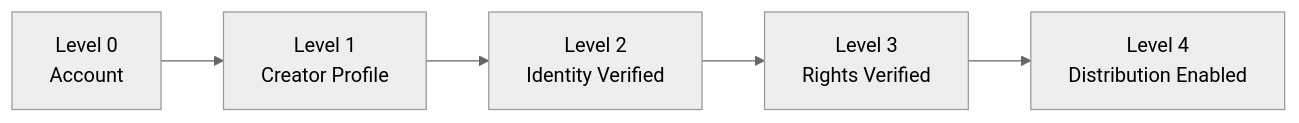
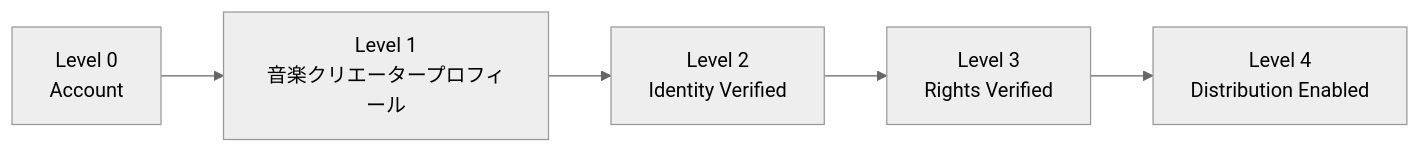
One commit to ShigeichiroYamasaki/creator-first-platform changed the third of 29 diagrams in docs/whitepaper/05-creator-onboarding.md. Above: the diagram before and after it, drawn with Mermaid (neutral theme). The commit also changed other lines of this file and 67 other files, not shown here.

````diff
--- a/docs/whitepaper/05-creator-onboarding.md
+++ b/docs/whitepaper/05-creator-onboarding.md
@@ -127,10 +127,10 @@
 ```mermaid
 flowchart LR
     L0[Level 0<br/>Account]
-    L1[Level 1<br/>Creator Profile]
+    L1[Level 1<br/>音楽クリエータープロフィール]
     L2[Level 2<br/>Identity Verified]
     L3[Level 3<br/>Rights Verified]
     L4[Level 4<br/>Distribution Enabled]
 
     L0 --> L1 --> L2 --> L3 --> L4
 ```
````
